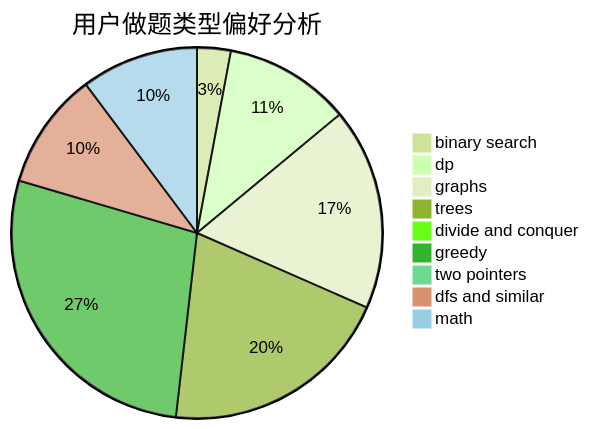
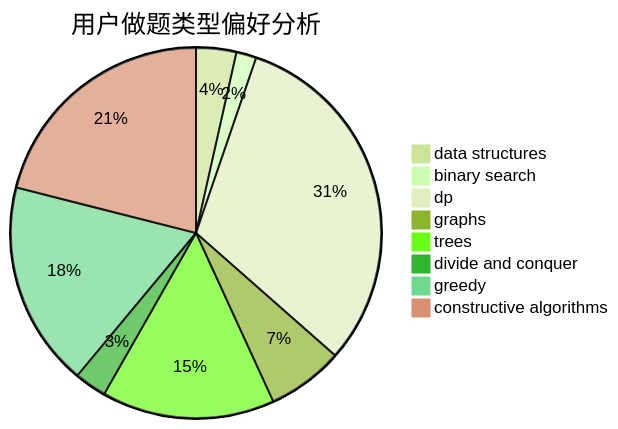
The second of 3 diagrams in docs/user/u798.md (sherpahu/cfrs.github.io), drawn with Mermaid (forest theme) before and after one commit. The commit also changed other lines of this file and 2775 other files, not shown here.

````diff
--- a/docs/user/u798.md
+++ b/docs/user/u798.md
@@ -23,12 +23,11 @@
 ```mermaid
 pie title 用户做题类型偏好分析
-    "binary search" :  29
-    "dp" :  109
-    "graphs" :  174
-    "trees" :  200
+    "data structures" :  10
+    "binary search" :  5
+    "dp" :  89
+    "graphs" :  19
+    "trees" :  43
     "divide and conquer" :  8
-    "greedy" :  274
-    "two pointers" :  5
-    "dfs and similar" :  101
-    "math" :  101
+    "greedy" :  51
+    "constructive algorithms" :  60
 ```
````
